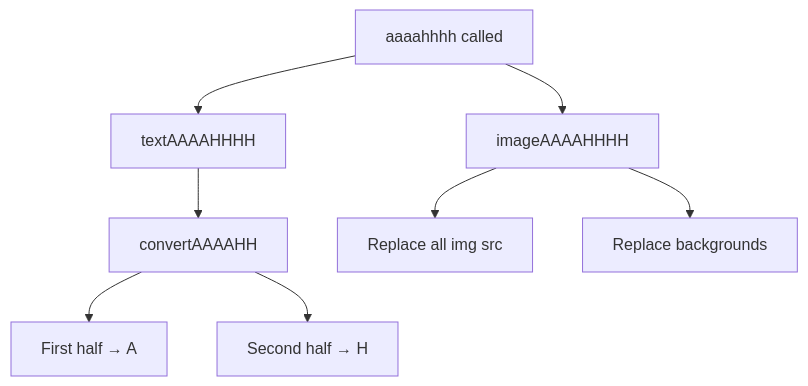
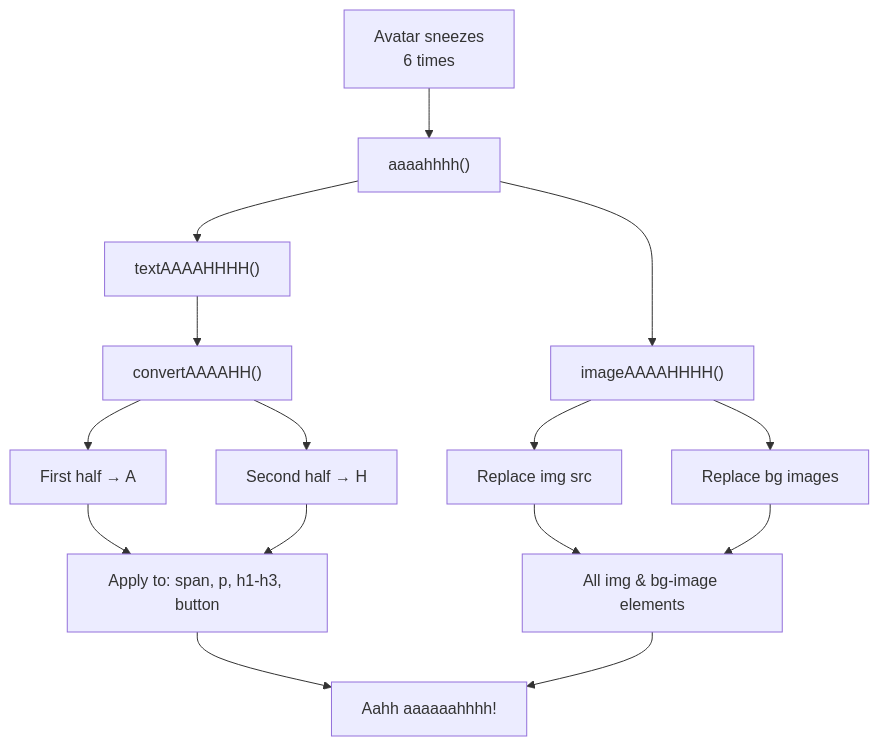
Before and after one commit to AlexJSully/AlexJSully-Portfolio: the diagram in docs/architecture/helpers.md, drawn with Mermaid. The commit also changed other lines of this file and 15 other files, not shown here.

````diff
--- a/docs/architecture/helpers.md
+++ b/docs/architecture/helpers.md
@@ -64,10 +76,22 @@
 ```mermaid
 flowchart TD
-    Trigger[aaaahhhh called] --> Text[textAAAAHHHH]
-    Trigger --> Images[imageAAAAHHHH]
-    Text --> Convert[convertAAAAHH]
-    Convert --> FirstHalf[First half → A]
-    Convert --> SecondHalf[Second half → H]
-    Images --> ReplaceImg[Replace all img src]
-    Images --> ReplaceBg[Replace backgrounds]
+    Trigger["Avatar sneezes<br/>6 times"] --> AaaahhhhCall["aaaahhhh()"]
+    AaaahhhhCall --> Text["textAAAAHHHH()"]
+    AaaahhhhCall --> Images["imageAAAAHHHH()"]
+
+    Text --> Convert["convertAAAAHH()"]
+    Convert --> FirstHalf["First half → A"]
+    Convert --> SecondHalf["Second half → H"]
+
+    Images --> ReplaceImg["Replace img src"]
+    Images --> ReplaceBg["Replace bg images"]
+
+    FirstHalf --> TextElements["Apply to: span, p, h1-h3, button"]
+    SecondHalf --> TextElements
+
+    ReplaceImg --> ImageElements["All img & bg-image elements"]
+    ReplaceBg --> ImageElements
+
+    TextElements --> Result["Aahh aaaaaahhhh!"]
+    ImageElements --> Result
 ```
````
